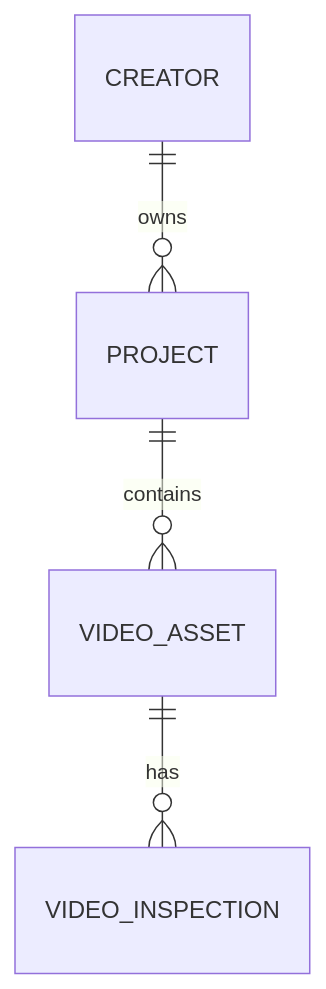
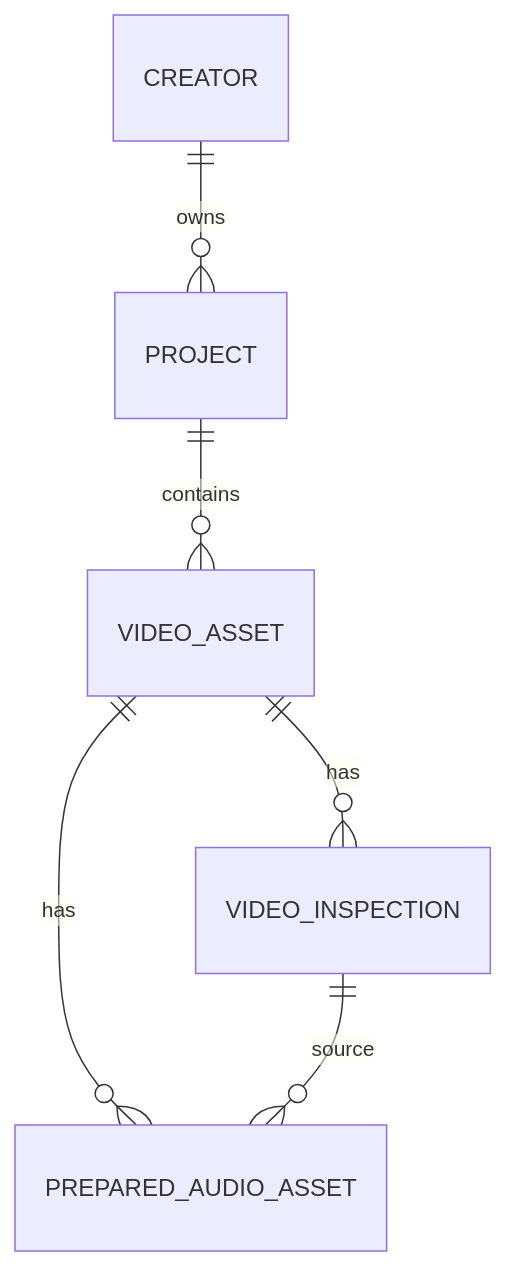
One commit to AS26-Lab/Creator_Inteligence_Studio changed the diagram in docs/DATA_MODEL.md. Above: the diagram before and after it, drawn with Mermaid. The commit also changed other lines of this file and 31 other files, not shown here.

````diff
--- a/docs/DATA_MODEL.md
+++ b/docs/DATA_MODEL.md
@@ -105,6 +140,8 @@
 ```mermaid
 erDiagram
     CREATOR ||--o{ PROJECT : owns
     PROJECT ||--o{ VIDEO_ASSET : contains
     VIDEO_ASSET ||--o{ VIDEO_INSPECTION : has
+    VIDEO_ASSET ||--o{ PREPARED_AUDIO_ASSET : has
+    VIDEO_INSPECTION ||--o{ PREPARED_AUDIO_ASSET : source
 ```
````
